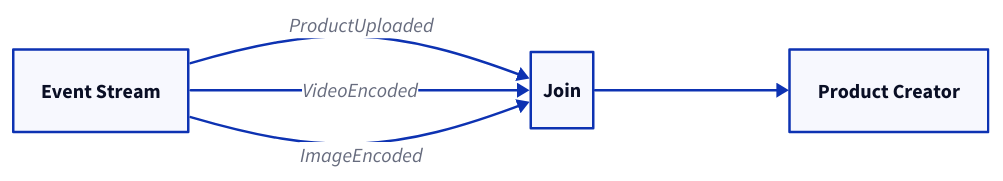
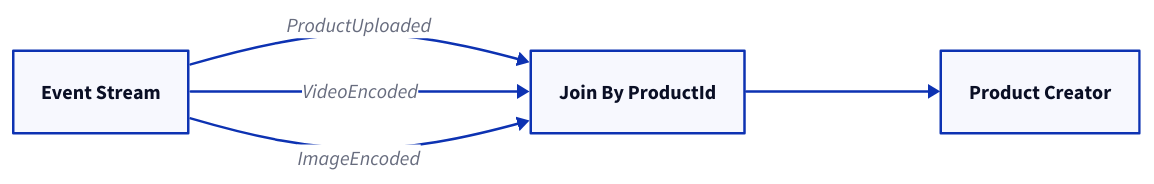
Before and after one commit to link1905/system-design-101: the sixth of 11 diagrams in content/docs/design-patterns/distributed-job-patterns.md, drawn with D2. The commit also changed other lines of this file and 11 other files, not shown here.

````diff
--- a/content/docs/design-patterns/distributed-job-patterns.md
+++ b/content/docs/design-patterns/distributed-job-patterns.md
@@ -198,17 +186,14 @@
 ```d2
 direction: right
 e: Event Stream {
     class: mq
 }
 ps: Product Creator {
     class: process    
 }
-j: Join {
-    class: join
-    width: 50
-}
+j: Join By ProductId
 e -> j: ProductUploaded
 e -> j: VideoEncoded
 e -> j: ImageEncoded
 j -> ps
 ```
````
